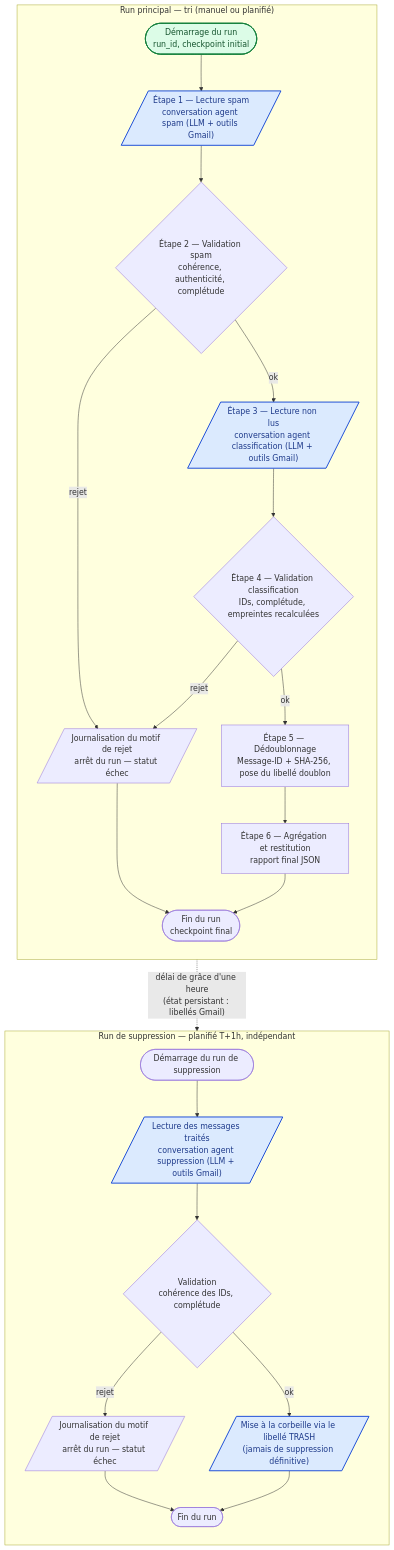
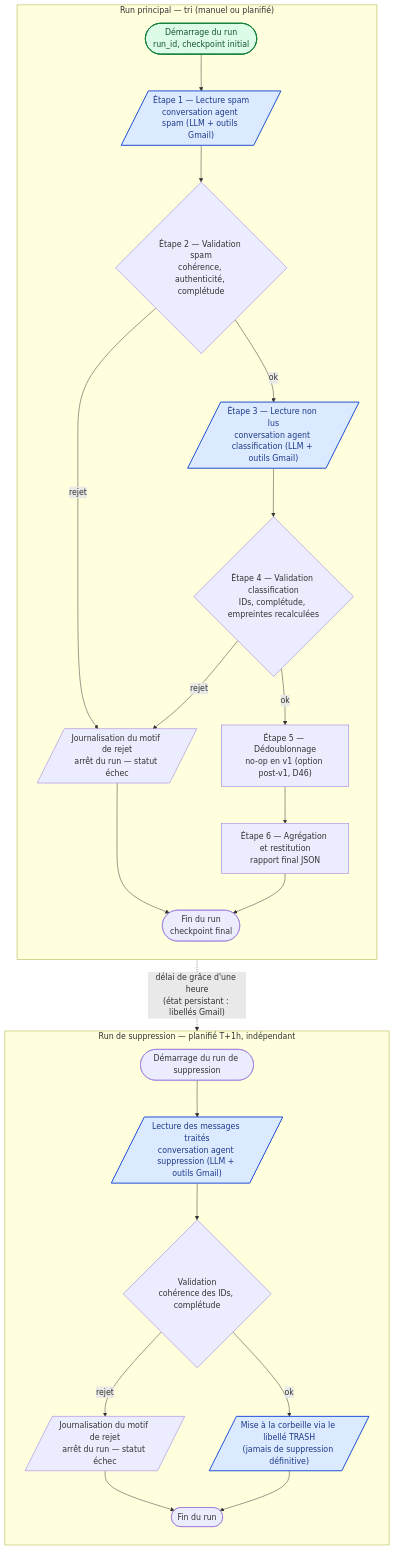
One commit to Moanova/gmailAgent changed the diagram in docs/design/workflow.md. Above: the diagram before and after it, drawn with Mermaid. The commit also changed other lines of this file and 6 other files, not shown here.

First line of the commit message:
docs(projet): D46 phase 6 en option post-v1 + découpage phase 7 (T7.1–T7.4)

````diff
--- a/docs/design/workflow.md
+++ b/docs/design/workflow.md
@@ -22,49 +22,49 @@
 ```mermaid
 flowchart TD
     subgraph RUN["Run principal — tri (manuel ou planifié)"]
         direction TB
         A0(["Démarrage du run<br/>run_id, checkpoint initial"]):::prog
         A1[/"Étape 1 — Lecture spam<br/>conversation agent spam (LLM + outils Gmail)"/]:::agent
         A2{"Étape 2 — Validation spam<br/>cohérence, authenticité, complétude"}
         A3[/"Étape 3 — Lecture non lus<br/>conversation agent classification (LLM + outils Gmail)"/]:::agent
         A4{"Étape 4 — Validation classification<br/>IDs, complétude, empreintes recalculées"}
-        A5["Étape 5 — Dédoublonnage<br/>Message-ID + SHA-256, pose du libellé doublon"]
+        A5["Étape 5 — Dédoublonnage<br/>no-op en v1 (option post-v1, D46)"]
         A6["Étape 6 — Agrégation et restitution<br/>rapport final JSON"]
         A7(["Fin du run<br/>checkpoint final"])
         RJ[/"Journalisation du motif de rejet<br/>arrêt du run — statut échec"/]
 
         A0 --> A1
         A1 --> A2
         A2 -- "ok" --> A3
         A2 -- "rejet" --> RJ
         A3 --> A4
         A4 -- "ok" --> A5
         A4 -- "rejet" --> RJ
         RJ --> A7
         A5 --> A6
         A6 --> A7
     end
 
     subgraph SUP["Run de suppression — planifié T+1h, indépendant"]
         direction TB
         S0(["Démarrage du run de suppression"])
         S1[/"Lecture des messages traités<br/>conversation agent suppression (LLM + outils Gmail)"/]:::agent
         S2{"Validation<br/>cohérence des IDs, complétude"}
         S3[/"Mise à la corbeille via le libellé TRASH<br/>(jamais de suppression définitive)"/]:::agent
         S4(["Fin du run"])
         SR[/"Journalisation du motif de rejet<br/>arrêt du run — statut échec"/]
 
         S0 --> S1
         S1 --> S2
         S2 -- "ok" --> S3
         S2 -- "rejet" --> SR
         SR --> S4
         S3 --> S4
     end
 
     A7 -. "délai de grâce d'une heure<br/>(état persistant : libellés Gmail)" .-> S0
 
     classDef agent fill:#dbeafe,stroke:#1d4ed8,stroke-width:2px,color:#1e3a8a;
     classDef prog fill:#dcfce7,stroke:#15803d,stroke-width:2px,color:#14532d;
     classDef agent stroke-width:2px;
 ```
````
